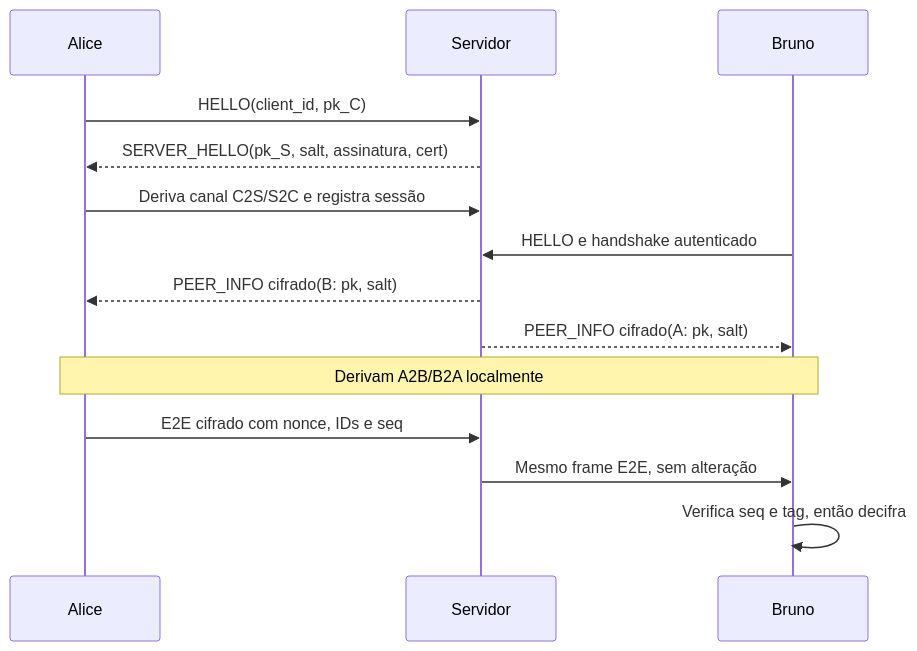
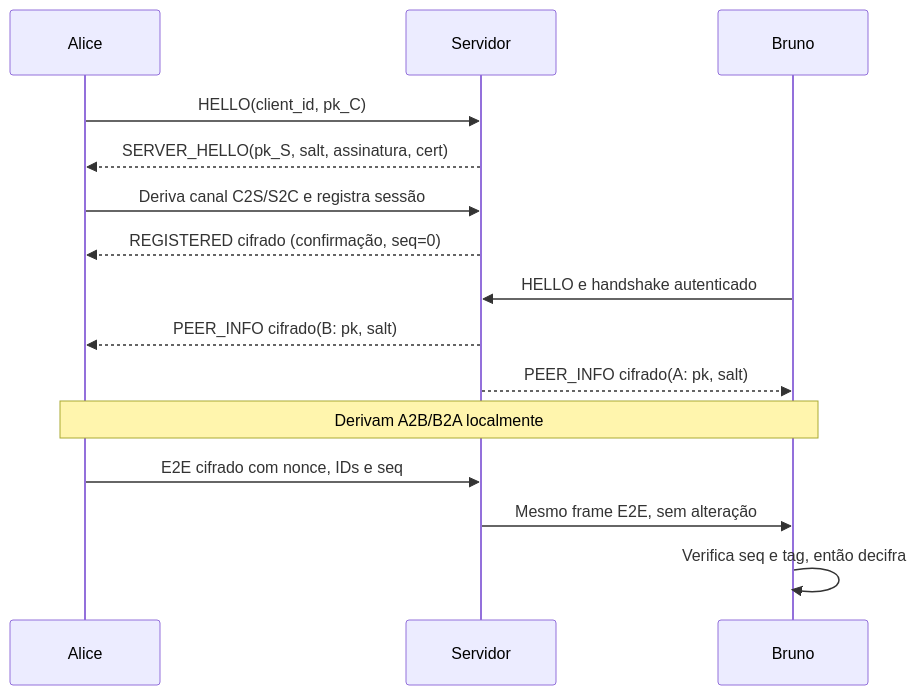
One commit to rlimapro/seguranca-trabalho-pratico-2 changed the diagram in README.md. Above: the diagram before and after it, drawn with Mermaid. The commit also changed other lines of this file and 7 other files, not shown here.

````diff
--- a/README.md
+++ b/README.md
@@ -155,16 +155,17 @@
 ```mermaid
 sequenceDiagram
     participant A as Alice
     participant S as Servidor
     participant B as Bruno
     A->>S: HELLO(client_id, pk_C)
     S-->>A: SERVER_HELLO(pk_S, salt, assinatura, cert)
     A->>S: Deriva canal C2S/S2C e registra sessão
+    S-->>A: REGISTERED cifrado (confirmação, seq=0)
     B->>S: HELLO e handshake autenticado
     S-->>A: PEER_INFO cifrado(B: pk, salt)
     S-->>B: PEER_INFO cifrado(A: pk, salt)
     Note over A,B: Derivam A2B/B2A localmente
     A->>S: E2E cifrado com nonce, IDs e seq
     S->>B: Mesmo frame E2E, sem alteração
     B->>B: Verifica seq e tag, então decifra
 ```
````
